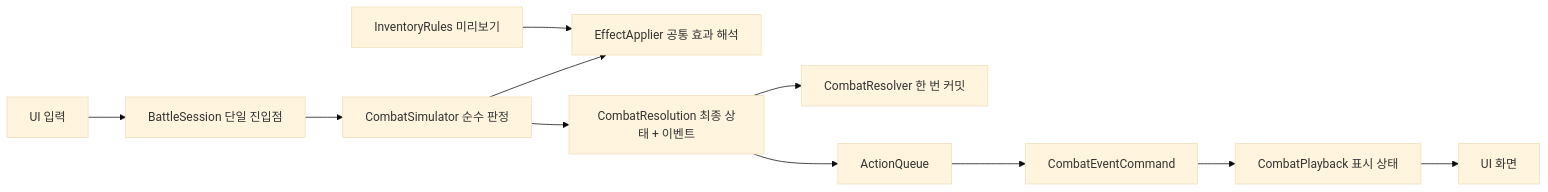
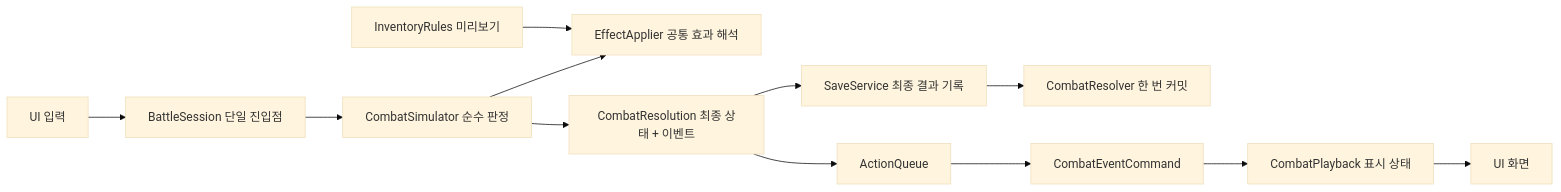
Before and after one commit to soonhankwon/k-grim-reaper: the diagram in docs/combat-architecture.md, drawn with Mermaid (base theme). The commit also changed other lines of this file and 104 other files, not shown here.

````diff
--- a/docs/combat-architecture.md
+++ b/docs/combat-architecture.md
@@ -5,13 +5,14 @@
 ```mermaid
 flowchart LR
     UI[UI 입력] --> Session[BattleSession 단일 진입점]
     Session --> Sim[CombatSimulator 순수 판정]
     Rules[InventoryRules 미리보기] --> Effects[EffectApplier 공통 효과 해석]
     Sim --> Effects
     Sim --> Result[CombatResolution 최종 상태 + 이벤트]
-    Result --> Store[CombatResolver 한 번 커밋]
+    Result --> Save[SaveService 최종 결과 기록]
+    Save --> Store[CombatResolver 한 번 커밋]
     Result --> Queue[ActionQueue]
     Queue --> Command[CombatEventCommand]
     Command --> Playback[CombatPlayback 표시 상태]
     Playback --> View[UI 화면]
 ```
````
